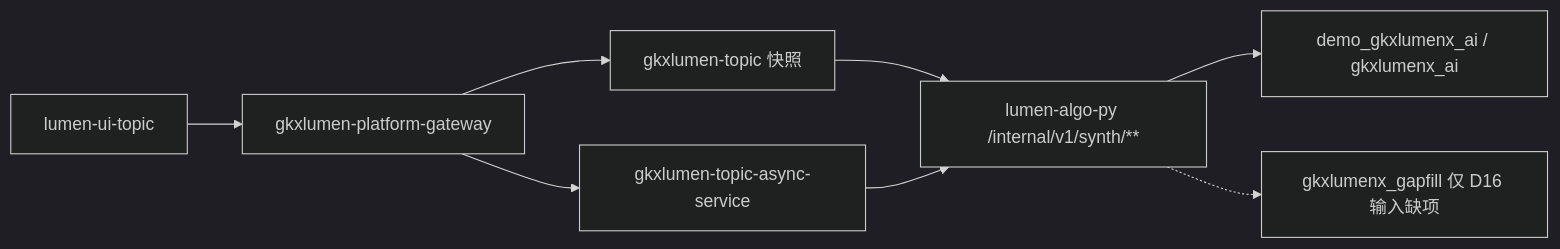
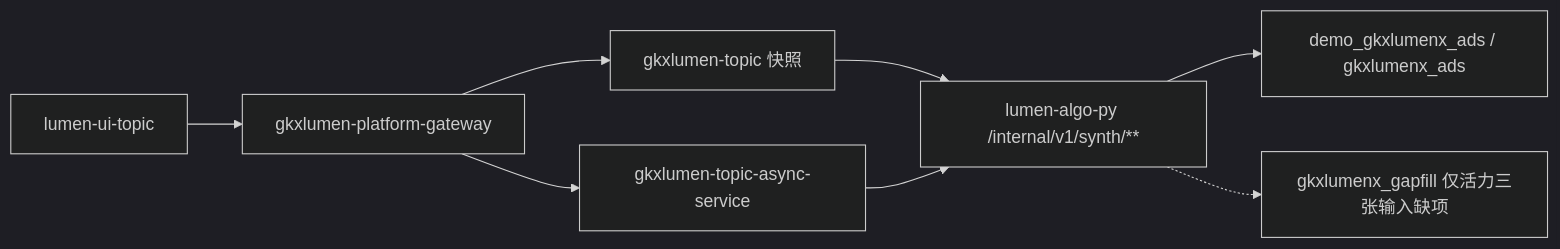
The diagram in agent-delivery/agent-handoffs/综合智能分析-SYNTH/sdd/调用链与边界.md (Marisolebxf/-), drawn with Mermaid (dark theme) before and after one commit. The commit also changed other lines of this file and 21 other files, not shown here.

````diff
--- a/agent-delivery/agent-handoffs/综合智能分析-SYNTH/sdd/调用链与边界.md
+++ b/agent-delivery/agent-handoffs/综合智能分析-SYNTH/sdd/调用链与边界.md
@@ -16,15 +16,15 @@
 ```mermaid
 flowchart LR
   fe["lumen-ui-topic"]
   gw["gkxlumen-platform-gateway"]
   topic["gkxlumen-topic 快照"]
   async["gkxlumen-topic-async-service"]
   py["lumen-algo-py /internal/v1/synth/**"]
-  ai["demo_gkxlumenx_ai / gkxlumenx_ai"]
-  gap["gkxlumenx_gapfill 仅 D16 输入缺项"]
+  ads["demo_gkxlumenx_ads / gkxlumenx_ads"]
+  gap["gkxlumenx_gapfill 仅活力三张输入缺项"]
   fe --> gw
   gw --> topic --> py
   gw --> async --> py
-  py --> ai
+  py --> ads
   py -.-> gap
 ```
````
